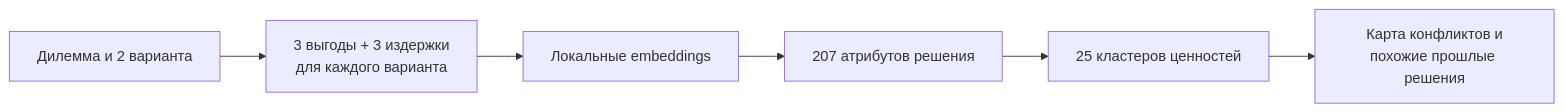
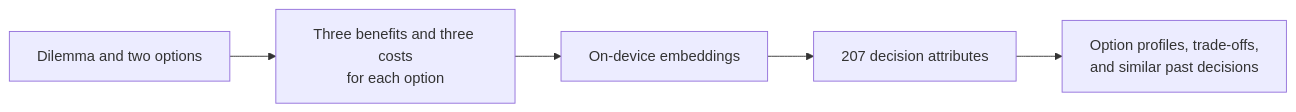
The first of 2 diagrams in README.md (sarrumkin/dilemma), drawn with Mermaid before and after one commit. The commit also changed other lines of this file and 5 other files, not shown here.

````diff
--- a/README.md
+++ b/README.md
@@ -32,8 +34,7 @@
 ```mermaid
 flowchart LR
-    A["Дилемма и 2 варианта"] --> B["3 выгоды + 3 издержки<br/>для каждого варианта"]
-    B --> C["Локальные embeddings"]
-    C --> D["207 атрибутов решения"]
-    D --> E["25 кластеров ценностей"]
-    E --> F["Карта конфликтов и<br/>похожие прошлые решения"]
+    A["Dilemma and two options"] --> B["Three benefits and three costs<br/>for each option"]
+    B --> C["On-device embeddings"]
+    C --> D["207 decision attributes"]
+    D --> E["Option profiles, trade-offs,<br/>and similar past decisions"]
 ```
````
